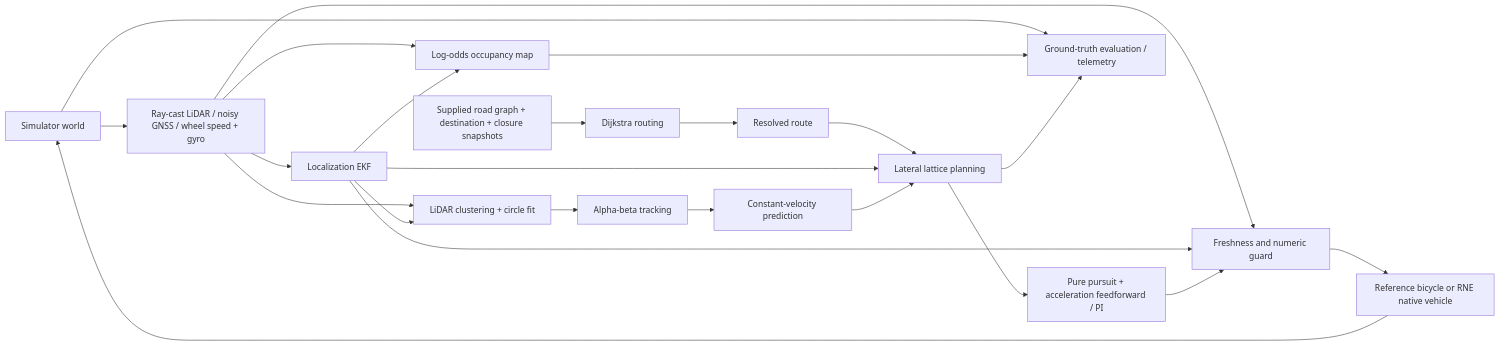
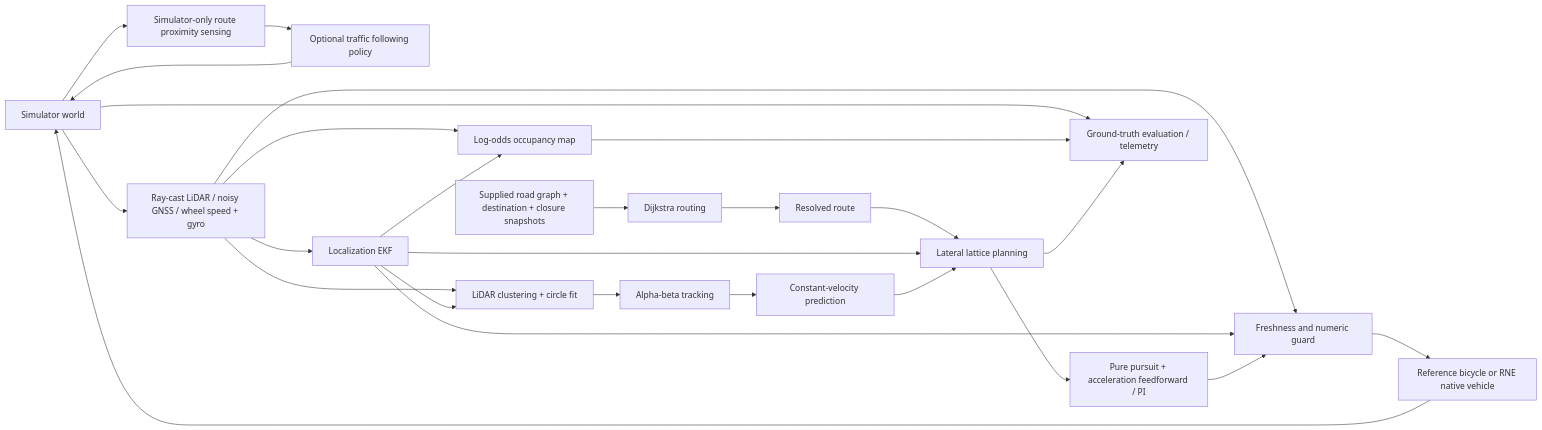
Before and after one commit to rsasaki0109/rust_drive: the diagram in docs/architecture.md, drawn with Mermaid. The commit also changed other lines of this file and 25 other files, not shown here.

Commit message:
Add reactive route traffic with independent actor acceptance

````diff
--- a/docs/architecture.md
+++ b/docs/architecture.md
@@ -9,25 +9,28 @@
 ```mermaid
 flowchart LR
   W[Simulator world] --> S[Ray-cast LiDAR / noisy GNSS / wheel speed + gyro]
+  W --> AS[Simulator-only route proximity sensing]
+  AS --> AC[Optional traffic following policy]
+  AC --> W
   S --> L[Localization EKF]
   S --> P[LiDAR clustering + circle fit]
   L --> P
   P --> T[Alpha-beta tracking]
   T --> F[Constant-velocity prediction]
   S --> M[Log-odds occupancy map]
   L --> M
   N[Supplied road graph + destination + closure snapshots] --> D[Dijkstra routing]
   D --> R[Resolved route]
   R --> A[Lateral lattice planning]
   L --> A
   F --> A
   A --> C[Pure pursuit + acceleration feedforward / PI]
   S --> G[Freshness and numeric guard]
   L --> G
   C --> G
   G --> B[Reference bicycle or RNE native vehicle]
   B --> W
   W --> E[Ground-truth evaluation / telemetry]
   M --> E
   A --> E
 ```
````
